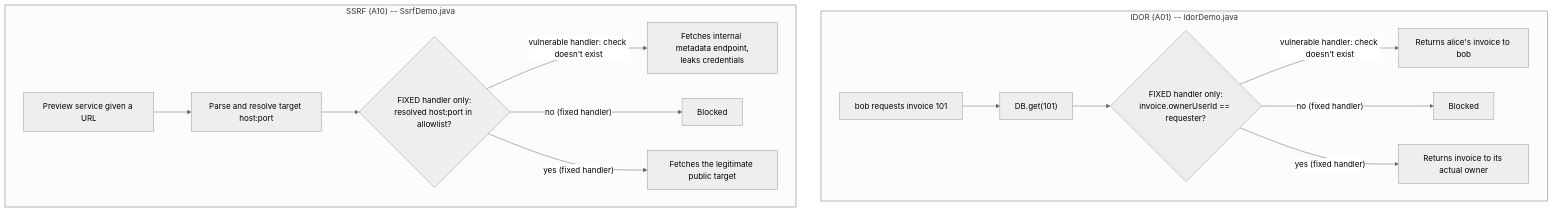
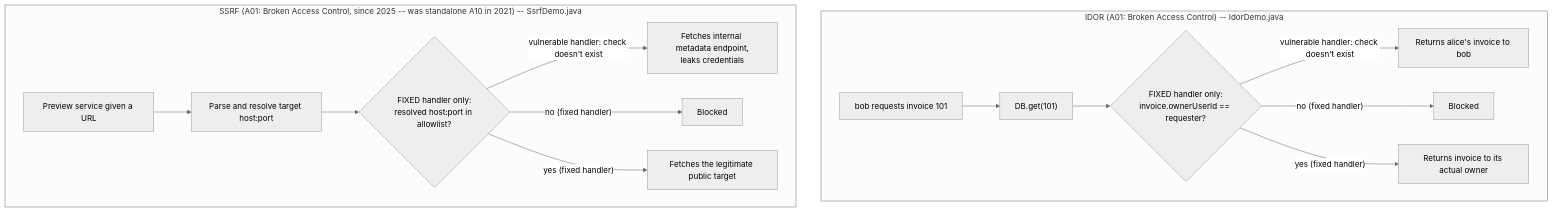
Before and after one commit to JuanMelendres/cracking-code-interviews: the second of 2 diagrams in syllabus/12-security/owasp-top-10-for-backend-services.md, drawn with Mermaid (neutral theme). The commit also changed other lines of this file and 7 other files, not shown here.

````diff
--- a/syllabus/12-security/owasp-top-10-for-backend-services.md
+++ b/syllabus/12-security/owasp-top-10-for-backend-services.md
@@ -182,18 +188,18 @@
 ```mermaid
 flowchart TD
-    subgraph idor["IDOR (A01) -- IdorDemo.java"]
+    subgraph idor["IDOR (A01: Broken Access Control) -- IdorDemo.java"]
         I1["bob requests invoice 101"] --> I2["DB.get(101)"]
         I2 --> I3{"FIXED handler only:<br/>invoice.ownerUserId == requester?"}
         I3 -->|"vulnerable handler: check doesn't exist"| I4["Returns alice's invoice to bob"]
         I3 -->|"no (fixed handler)"| I5["Blocked"]
         I3 -->|"yes (fixed handler)"| I4b["Returns invoice to its actual owner"]
     end
 
-    subgraph ssrf["SSRF (A10) -- SsrfDemo.java"]
+    subgraph ssrf["SSRF (A01: Broken Access Control, since 2025 -- was standalone A10 in 2021) -- SsrfDemo.java"]
         S1["Preview service given a URL"] --> S2["Parse and resolve target host:port"]
         S2 --> S3{"FIXED handler only:<br/>resolved host:port in allowlist?"}
         S3 -->|"vulnerable handler: check doesn't exist"| S4["Fetches internal metadata endpoint,<br/>leaks credentials"]
         S3 -->|"no (fixed handler)"| S5["Blocked"]
         S3 -->|"yes (fixed handler)"| S4b["Fetches the legitimate public target"]
     end
 ```
````
